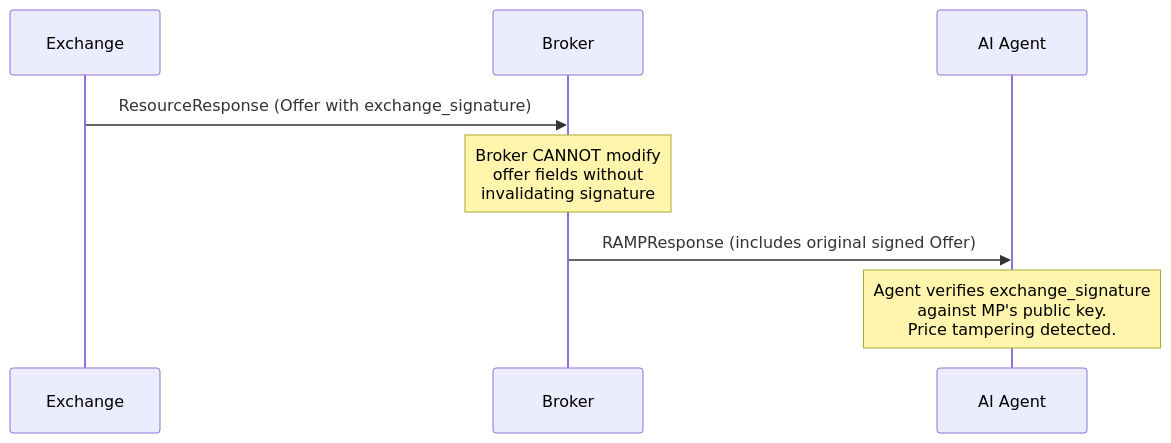
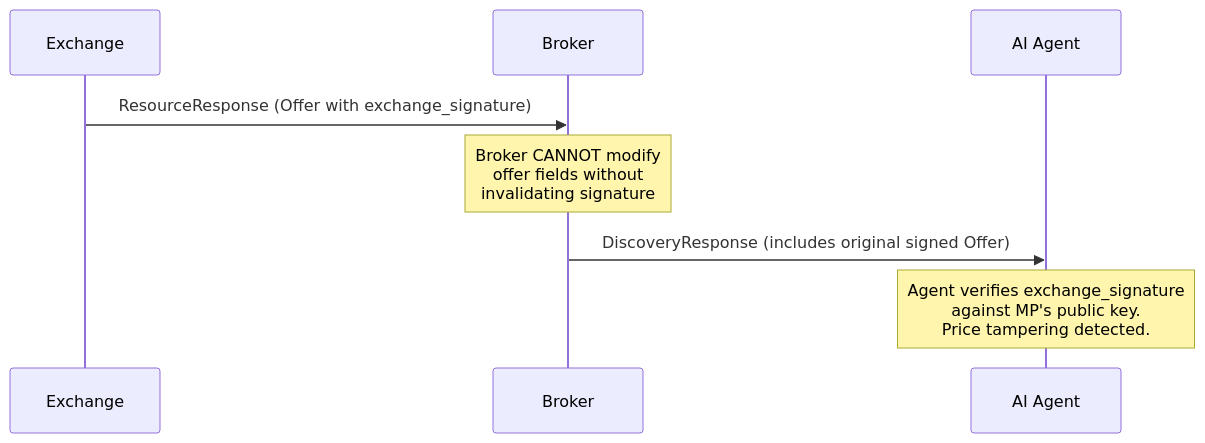
Before and after one commit to RAMP-Protocol/protocol: the fourth of 4 diagrams in website/src/content/docs/components/broker/selection-engine.mdx, drawn with Mermaid. The commit also changed other lines of this file and 102 other files, not shown here.

````diff
--- a/website/src/content/docs/components/broker/selection-engine.mdx
+++ b/website/src/content/docs/components/broker/selection-engine.mdx
@@ -528,11 +528,11 @@
 ```mermaid
 sequenceDiagram
     participant MP as Exchange
     participant Orch as Broker
     participant Agent as AI Agent
 
     MP->>Orch: ResourceResponse (Offer with exchange_signature)
     Note over Orch: Broker CANNOT modify<br/>offer fields without<br/>invalidating signature
-    Orch->>Agent: RAMPResponse (includes original signed Offer)
+    Orch->>Agent: DiscoveryResponse (includes original signed Offer)
     Note over Agent: Agent verifies exchange_signature<br/>against MP's public key.<br/>Price tampering detected.
 ```
````
